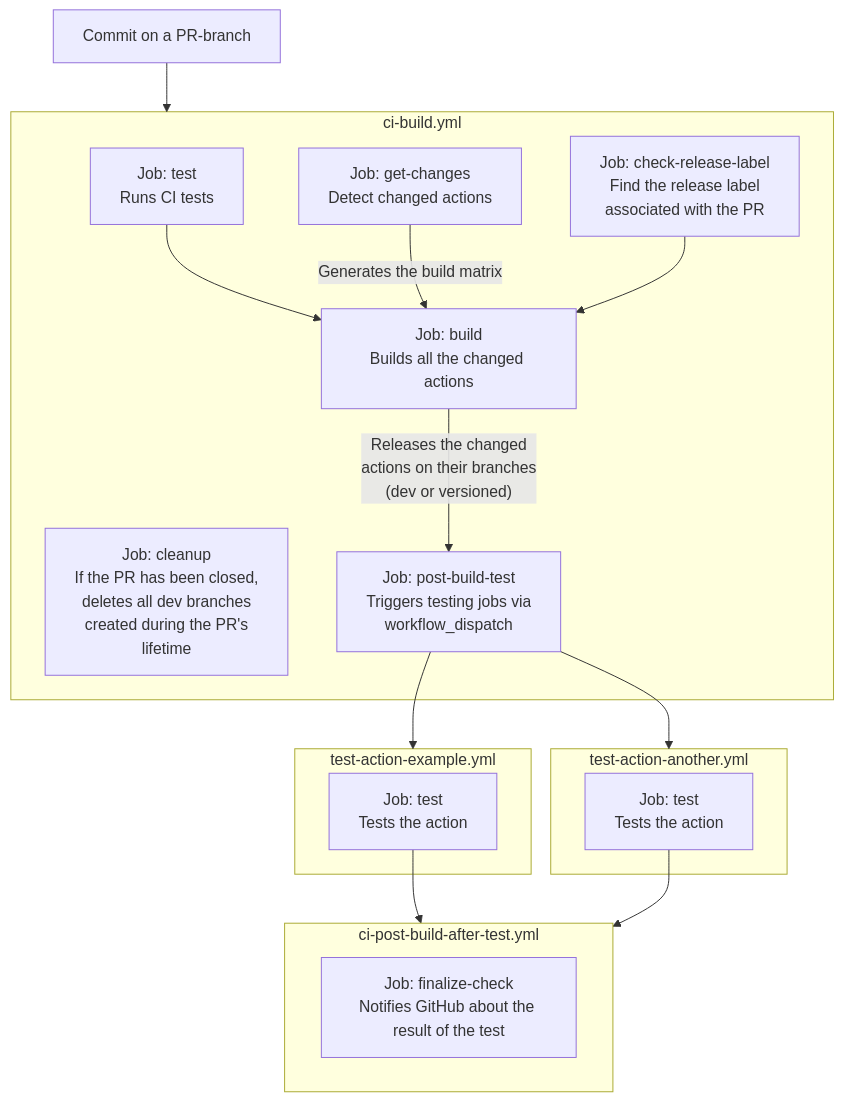
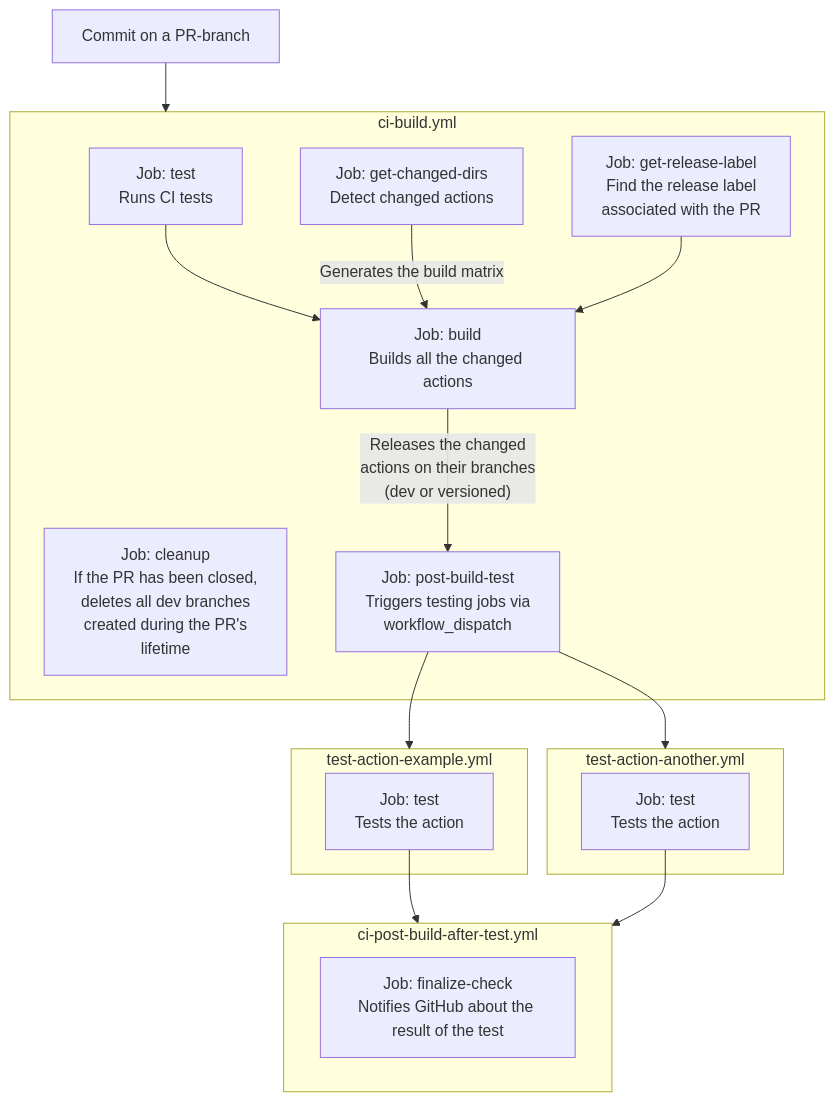
One commit to cmaster11/gha changed the diagram in README.md. Above: the diagram before and after it, drawn with Mermaid. The commit also changed other lines of this file and 25 other files, not shown here.

````diff
--- a/README.md
+++ b/README.md
@@ -35,37 +36,37 @@
 ```mermaid
 flowchart
    commit["Commit on a PR-branch"]
 
    subgraph ci-build.yml
       test["Job: test\nRuns CI tests"]
-      check-release-label["Job: check-release-label\nFind the release label\nassociated with the PR"]
-      get-changes["Job: get-changes\nDetect changed actions"]
+      get-release-label["Job: get-release-label\nFind the release label\nassociated with the PR"]
+      get-changed-dirs["Job: get-changed-dirs\nDetect changed actions"]
       build["Job: build\nBuilds all the changed actions"]
       cleanup["Job: cleanup\nIf the PR has been closed,\ndeletes all dev branches\ncreated during the PR's\nlifetime"]
       test --> build
-      get-changes -- Generates the build matrix --> build
-      check-release-label --> build
+      get-changed-dirs -- Generates the build matrix --> build
+      get-release-label --> build
       post-build-test["Job: post-build-test\nTriggers testing jobs via\nworkflow_dispatch"]
       build -- " Releases the changed\nactions on their branches\n(dev or versioned) " --> post-build-test
 
    end
 
    commit --> ci-build.yml
 
    subgraph ci-post-build-after-test.yml
       finalize-check["Job: finalize-check\nNotifies GitHub about the result of the test"]
    end
 
    subgraph test-action-example.yml
       test-action-example["Job: test\nTests the action"]
    end
 
    subgraph test-action-another.yml
       test-action-another["Job: test\nTests the action"]
    end
 
    test-action-example --> ci-post-build-after-test.yml
    test-action-another --> ci-post-build-after-test.yml
    post-build-test --> test-action-example.yml
    post-build-test --> test-action-another.yml
 ```
````
